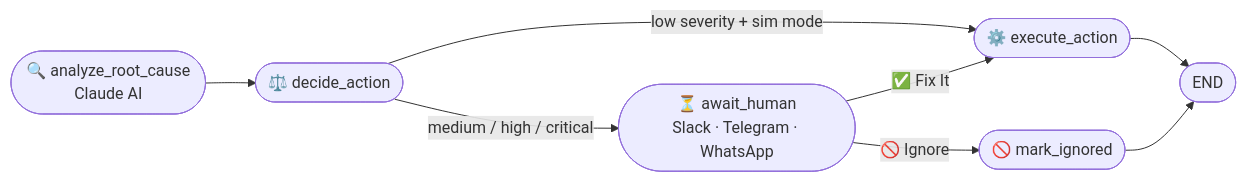
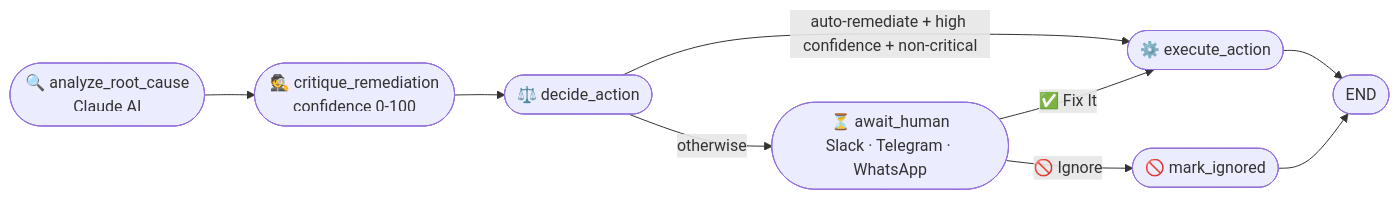
The diagram in README.md (Saimoguloju/OpenSRE-Autonomous-DevOps-Agent), drawn with Mermaid before and after one commit. The commit also changed other lines of this file and 36 other files, not shown here.

````diff
--- a/README.md
+++ b/README.md
@@ -131,10 +144,11 @@
 ```mermaid
 graph LR
-    A([🔍 analyze_root_cause\nClaude AI]) --> B([⚖️ decide_action])
-    B -->|low severity + sim mode| C([⚙️ execute_action])
-    B -->|medium / high / critical| D([⏳ await_human\nSlack · Telegram · WhatsApp])
+    A([🔍 analyze_root_cause\nClaude AI]) --> G([🕵️ critique_remediation\nconfidence 0-100])
+    G --> B([⚖️ decide_action])
+    B -->|auto-remediate + high confidence + non-critical| C([⚙️ execute_action])
+    B -->|otherwise| D([⏳ await_human\nSlack · Telegram · WhatsApp])
     D -->|✅ Fix It| C
     D -->|🚫 Ignore| E([🚫 mark_ignored])
     C --> F([END])
     E --> F
 ```
````
